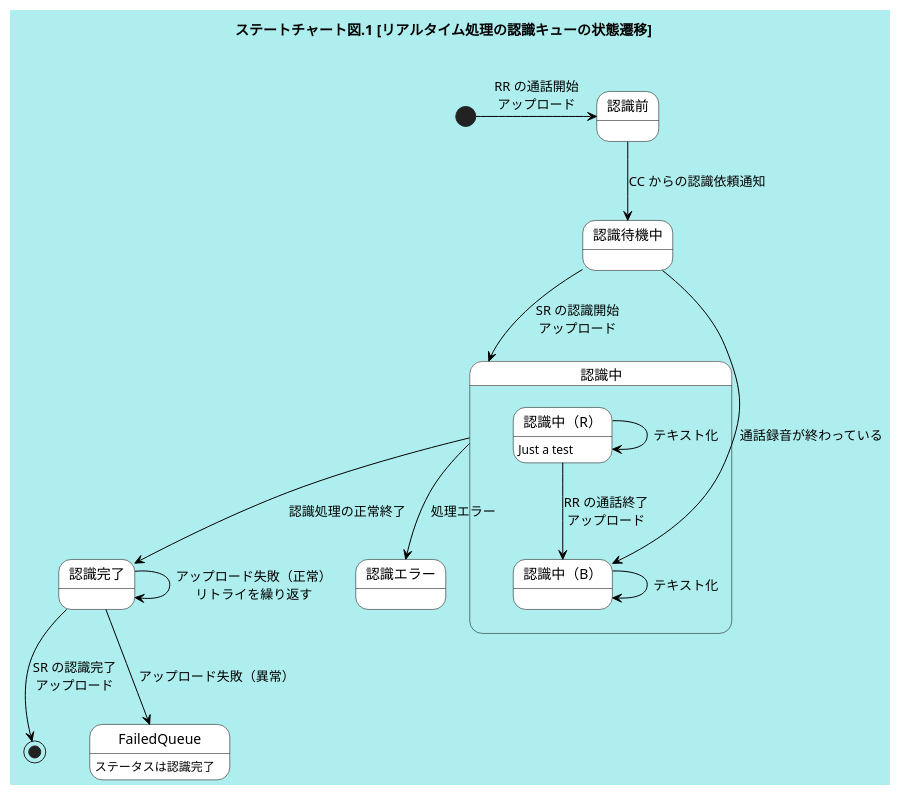
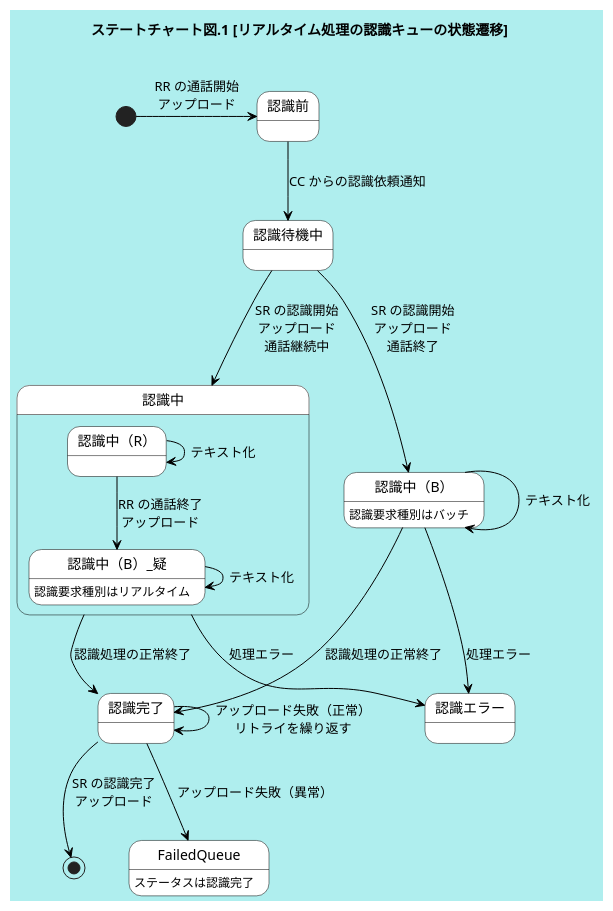
One commit to ytakagi-ponkotsu/function changed the fifth of 5 diagrams in 詳解 Communication Suite 機能編.md. Above: the diagram before and after it, drawn with PlantUML.

Commit message:
2020/05/22 ステートチャート修正

````diff
--- a/詳解 Communication Suite 機能編.md
+++ b/詳解 Communication Suite 機能編.md
@@ -2548,37 +2548,42 @@
-```plantuml
-@startuml
+	```plantuml
+	@startuml
 
-skinparam {
-	shadowing false
-	defaultFontName "Segoe UI, BIZ UDPゴシック, sans-serif"
-	BackgroundColor #afeeee
-	StateBackgroundColor white
-	ParticipantBorderColor black
-	ArrowColor black
-	StateBorderColor black
-}
+	skinparam {
+		shadowing false
+		defaultFontName "Segoe UI, BIZ UDPゴシック, sans-serif"
+		BackgroundColor #afeeee
+		StateBackgroundColor white
+		ParticipantBorderColor black
+		ArrowColor black
+		StateBorderColor black
+	}
 
-title ステートチャート図.1 [リアルタイム処理の認識キューの状態遷移]\n
+	title ステートチャート図.1 [リアルタイム処理の認識キューの状態遷移]\n
 
-[*] -> 認識前 : RR の通話開始\nアップロード
-認識前 --> 認識待機中 : CC からの認識依頼通知
-認識待機中 --> 認識中 : SR の認識開始\nアップロード
-認識中 --> 認識完了 : 認識処理の正常終了
-認識完了 --> [*] : SR の認識完了\nアップロード
-認識完了 --> FailedQueue : アップロード失敗（異常）
-FailedQueue : ステータスは認識完了
-認識完了 --> 認識完了 : アップロード失敗（正常）\nリトライを繰り返す
-認識中 --> 認識エラー : 処理エラー
+	[*] -> 認識前 : RR の通話開始\nアップロード
+	認識前 --> 認識待機中 : CC からの認識依頼通知
+	認識待機中 --> 認識中 : SR の認識開始\nアップロード\n通話継続中
+	state "認識中（B）" as バッチ
+	認識待機中 --> バッチ : SR の認識開始\nアップロード\n通話終了
+	バッチ : 認識要求種別はバッチ
+	バッチ --> バッチ : テキスト化
+	認識中 --> 認識完了 : 認識処理の正常終了
+	バッチ --> 認識完了 : 認識処理の正常終了
+	認識完了 --> [*] : SR の認識完了\nアップロード
+	認識完了 --> FailedQueue : アップロード失敗（異常）
+	FailedQueue : ステータスは認識完了
+	認識完了 --> 認識完了 : アップロード失敗（正常）\nリトライを繰り返す
+	認識中 --> 認識エラー : 処理エラー
+	バッチ --> 認識エラー : 処理エラー
 
-state 認識中 {
-  state "認識中（R）" as real
-  state "認識中（B）" as batch
-  real : Just a test
-  real --> real : テキスト化
-  real --> batch : RR の通話終了\nアップロード
-	batch --> batch : テキスト化
-}
-認識待機中 --> batch : 通話録音が終わっている
+	state 認識中 {
+	  state "認識中（R）" as real
+	  state "認識中（B）_疑" as batch
+	  batch : 認識要求種別はリアルタイム
+	  real --> real : テキスト化
+	  real --> batch : RR の通話終了\nアップロード
+		batch --> batch : テキスト化
+	}
 
-@enduml
-```
+	@enduml
+	```
````
